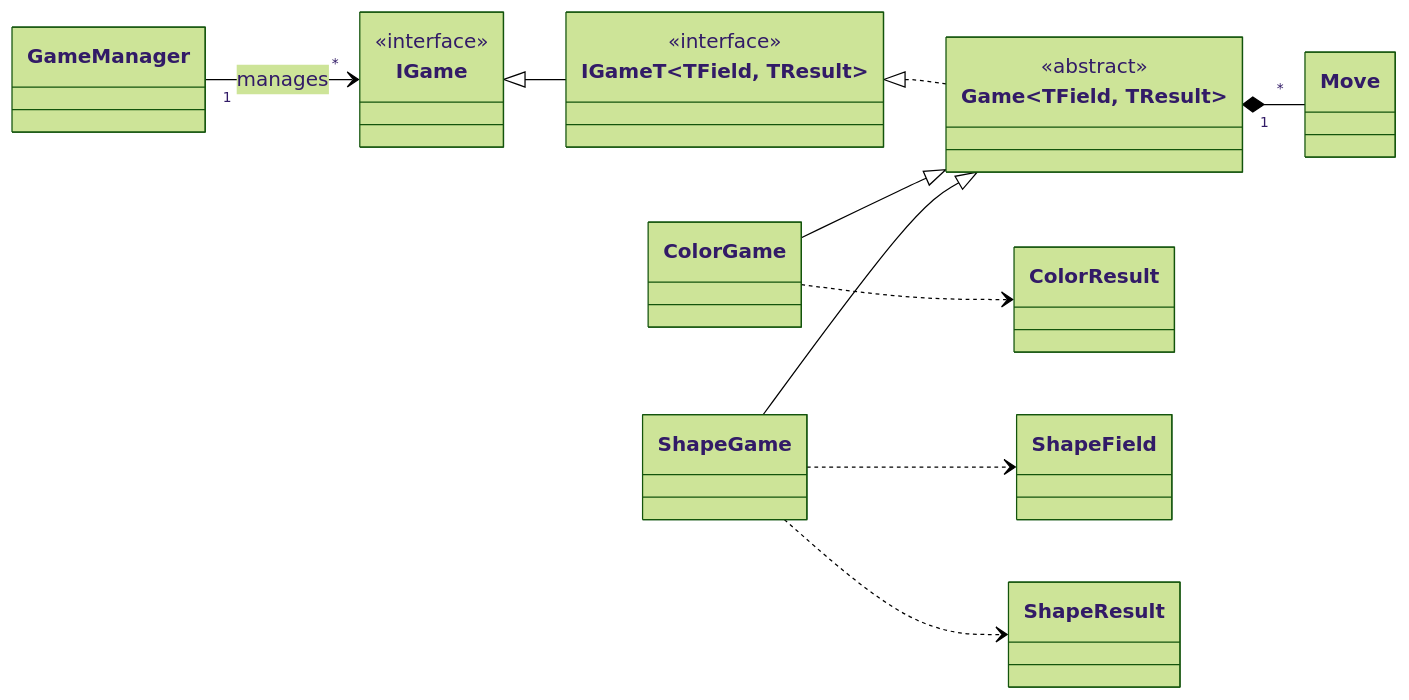
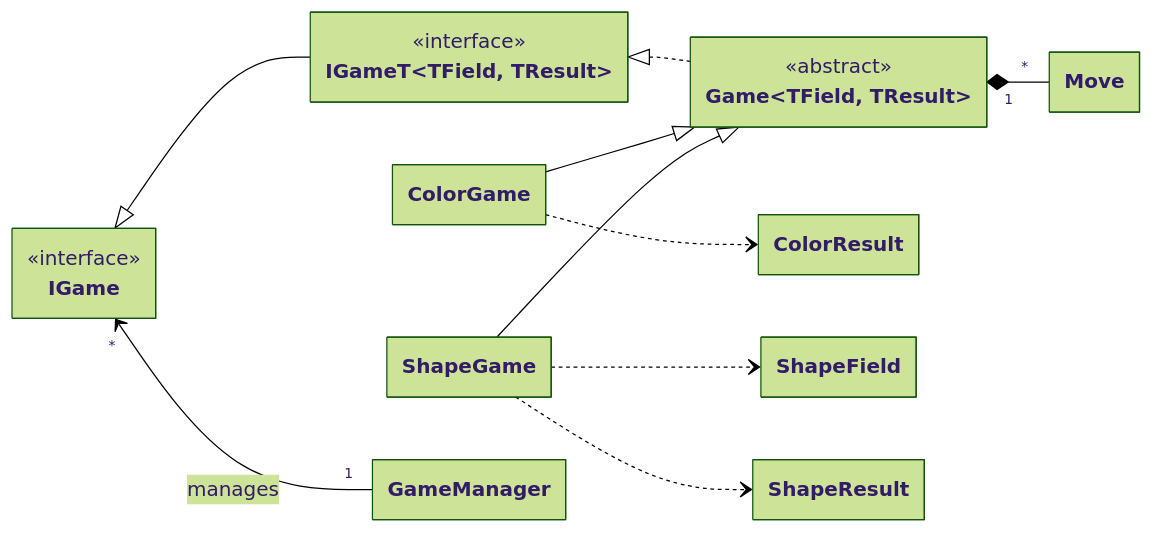
One commit to PacktPublishing/Expert-CSharp-Programming changed the second of 2 diagrams in ch02/GameClasses.md. Above: the diagram before and after it, drawn with Mermaid (forest theme). The commit also changed other lines of this file and 2 other files, not shown here.

Commit message:
ch02 game diagram

````diff
--- a/ch02/GameClasses.md
+++ b/ch02/GameClasses.md
@@ -65,24 +67,30 @@
 ```mermaid
+---
+config:
+  class:
+    hideEmptyMembersBox: true
+---
 classDiagram
-  direction TB
+  
+  direction LR
 
   IGame <|-- IGameT~TField, TResult~
   <<interface>>IGame
+
   IGameT~TField, TResult~ <|.. Game~TField, TResult~
   <<interface>>IGameT
+
   <<abstract>>Game
 
   ColorGame --|> Game~string, ColorGameResult~
   ColorGame ..> ColorResult
   
   ShapeGame ..> ShapeField
   ShapeGame ..> ShapeResult
   ShapeGame --|> Game
-
-  direction LR
   
-  GameManager "1" --> "*" IGame : manages
+  IGame "*" <-- "1" GameManager : manages
 
   Game "1" *-- "*" Move
 
 ```
````
